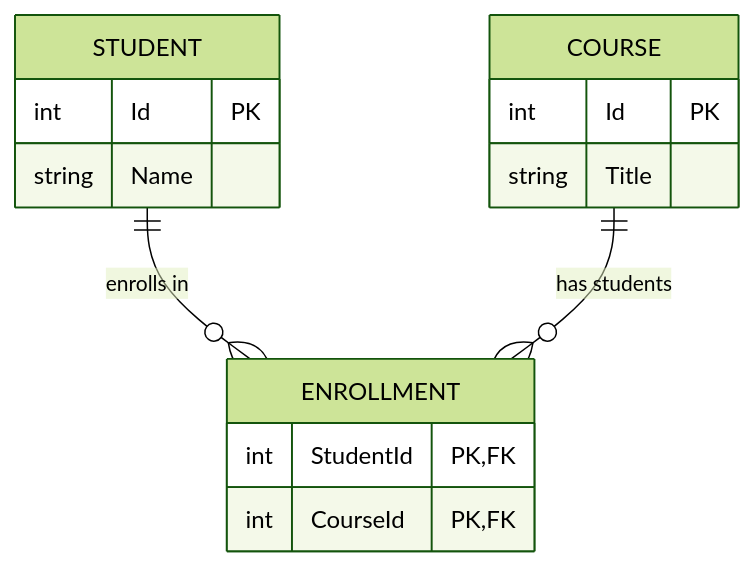
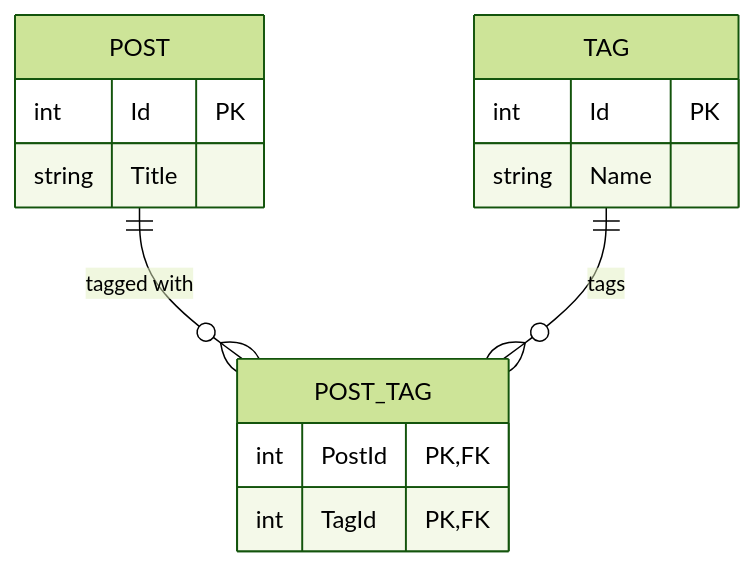
Before and after one commit to stackworx-dotnet/Stackworx.EfCoreGraphQL: the third of 3 diagrams in README.md, drawn with Mermaid (forest theme). The commit also changed other lines of this file and 15 other files, not shown here.

````diff
--- a/README.md
+++ b/README.md
@@ -255,20 +337,20 @@
 ```mermaid
 erDiagram
-  STUDENT ||--o{ ENROLLMENT : "enrolls in"
-  COURSE  ||--o{ ENROLLMENT : "has students"
+  POST ||--o{ POST_TAG : "tagged with"
+  TAG  ||--o{ POST_TAG : "tags"
 
-  STUDENT {
+  POST {
+    int Id PK
+    string Title
+  }
+
+  TAG {
     int Id PK
     string Name
   }
 
-  COURSE {
-    int Id PK
-    string Title
-  }
-
-  ENROLLMENT {
-    int StudentId PK, FK
-    int CourseId  PK, FK
+  POST_TAG {
+    int PostId PK, FK
+    int TagId  PK, FK
   }
 ```
````
